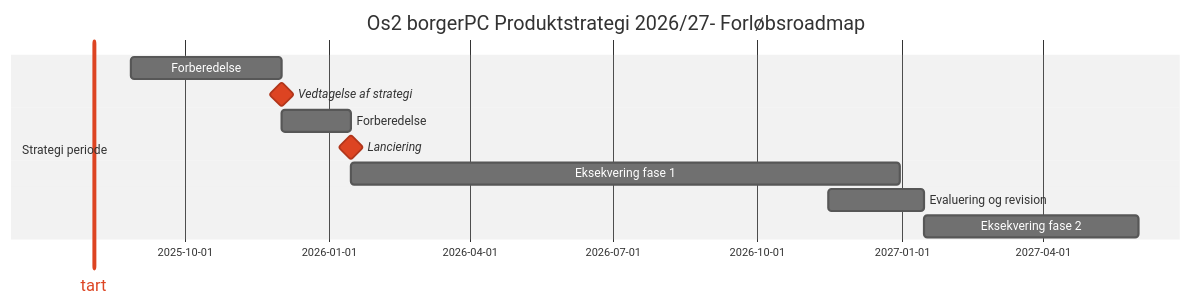
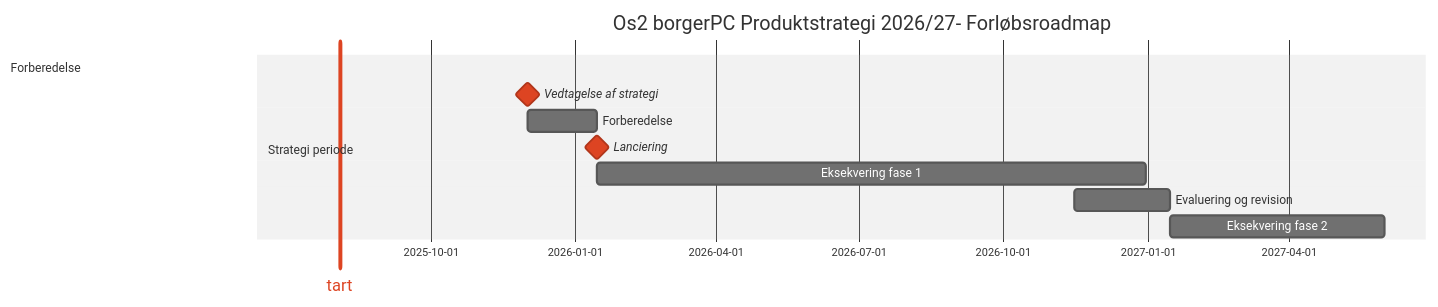
Before and after one commit to ChatBotBerg/OS2produktmodning: the first of 2 diagrams in docs/Produktspecifikke-anvisninger/OS2borgerpc/produktstrateg26.md, drawn with Mermaid (neutral theme). The commit also changed other lines of this file, not shown here.

````diff
--- a/docs/Produktspecifikke-anvisninger/OS2borgerpc/produktstrateg26.md
+++ b/docs/Produktspecifikke-anvisninger/OS2borgerpc/produktstrateg26.md
@@ -16,19 +16,19 @@
 ```mermaid
 gantt
     dateFormat  YYYY-MM-DD
     title       Os2 borgerPC Produktstrategi 2026/27- Forløbsroadmap
   
     %% (`excludes` accepts specific dates in YYYY-MM-DD format, days of the week ("sunday") or "weekends", but not the word "weekdays".)
     
    section Strategi periode
    tart                                : vert, v1, 2025-08-04,
-   Forberedelse                        :des1, 2025-08-028, 2025-12-02
+   Forberedelse                        :des1, 2025-08-028, 2025-01-03
    Vedtagelse af strategi          :crit, milestone, m1,2025-12-02, 0d
    Forberedelse                          :des2, 2025-12-02, 2026-01-15
    Lanciering                    :crit, milestone, m1,2026-01-15, 0d
    Eksekvering fase 1                  :des3, 2026-01-15, 2026-12-31
    Evaluering  og revision              :des3, 2026-11-15, 2027-01-15
    Eksekvering fase 2                  :des3, 2027-01-15, 2027-06-01
 
    
 ``` 
````
